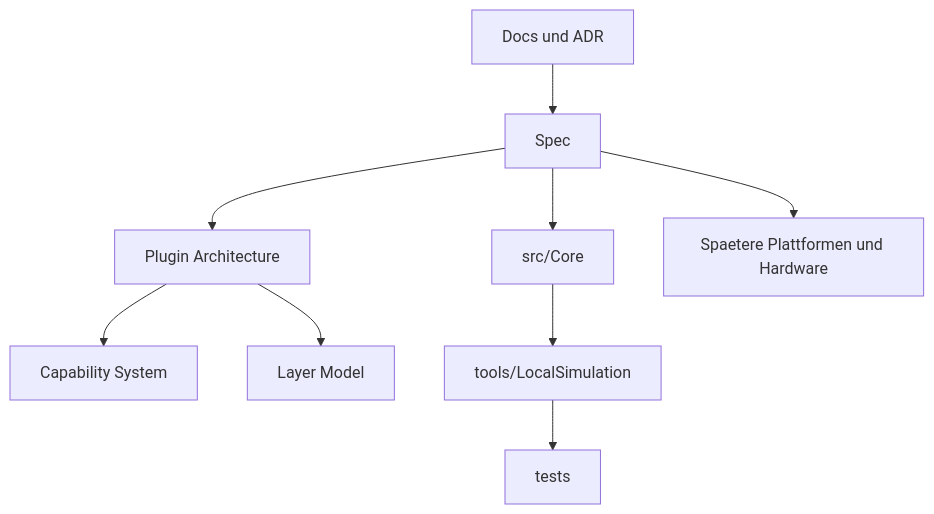
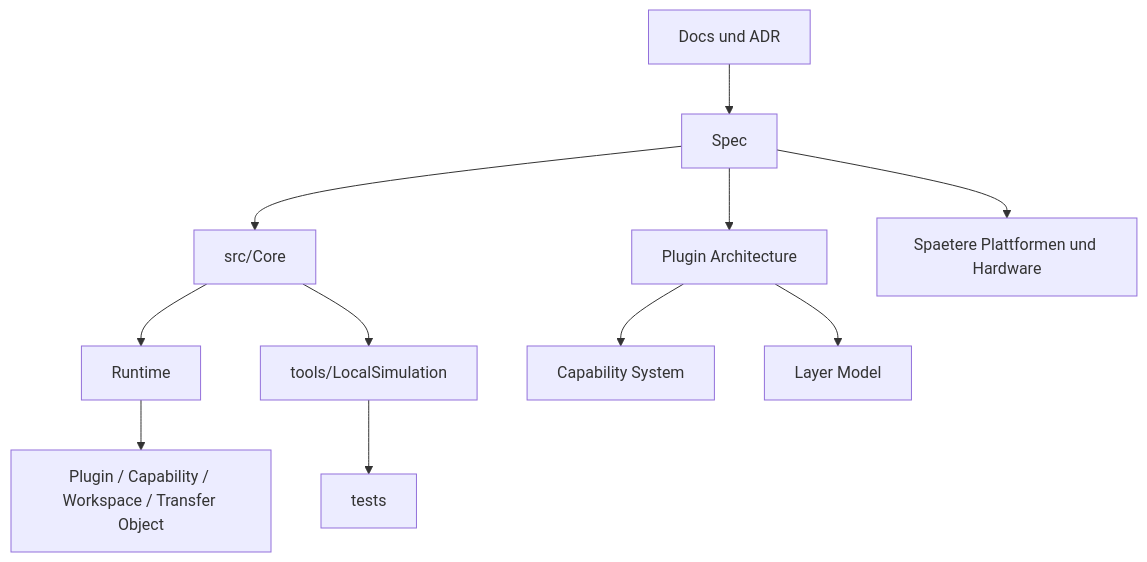
One commit to rk-engineeringAToutlook-de/RKWorkspace changed the diagram in README.md. Above: the diagram before and after it, drawn with Mermaid. The commit also changed other lines of this file and 15 other files, not shown here.

Commit message:
feat(core): add runtime engine

````diff
--- a/README.md
+++ b/README.md
@@ -54,11 +55,13 @@
 ```mermaid
 flowchart TB
     Docs["Docs und ADR"] --> Spec["Spec"]
     Spec --> Core["src/Core"]
+    Core --> Runtime["Runtime"]
+    Runtime --> Managers["Plugin / Capability / Workspace / Transfer Object"]
     Spec --> Plugins["Plugin Architecture"]
     Plugins --> Capabilities["Capability System"]
     Plugins --> Layers["Layer Model"]
     Core --> Simulation["tools/LocalSimulation"]
     Simulation --> Tests["tests"]
     Spec --> Future["Spaetere Plattformen und Hardware"]
 ```
````
